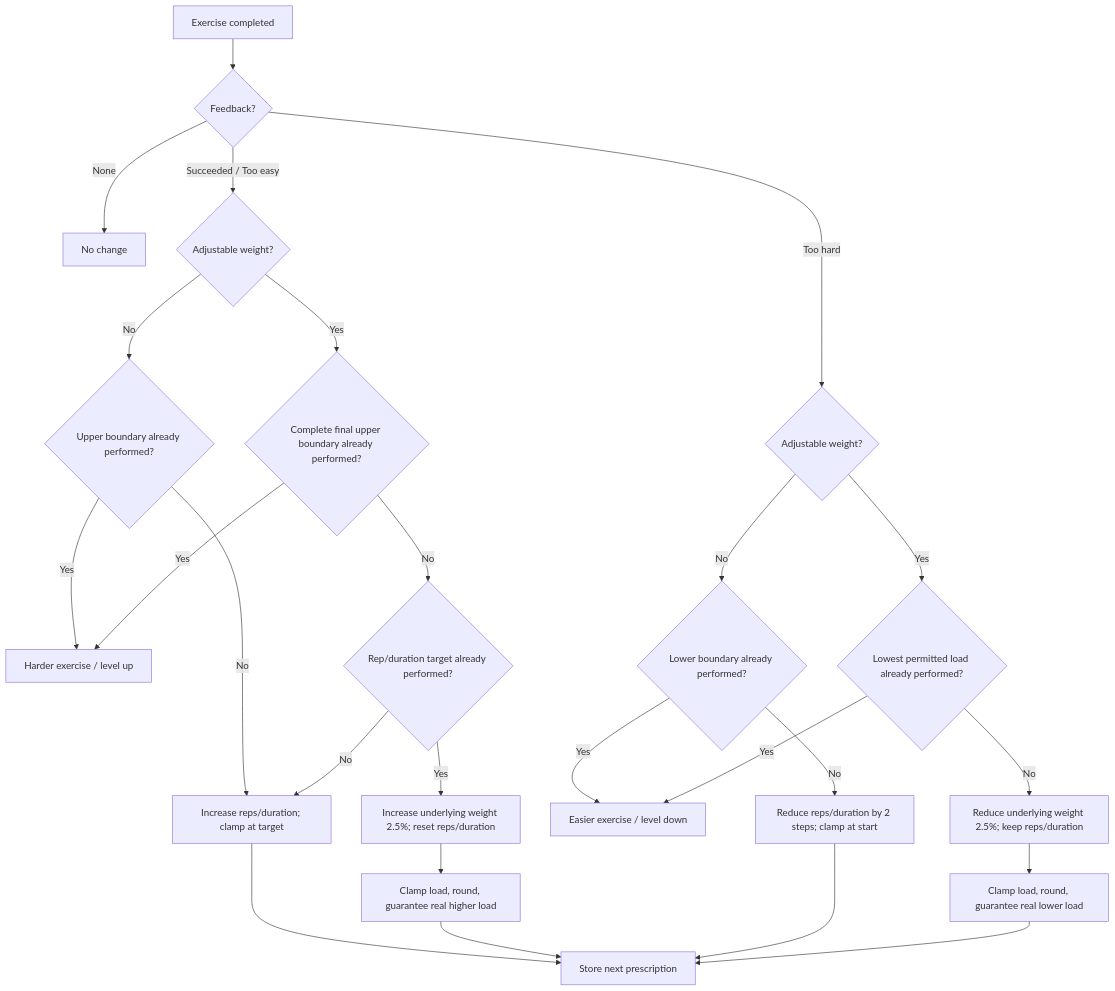
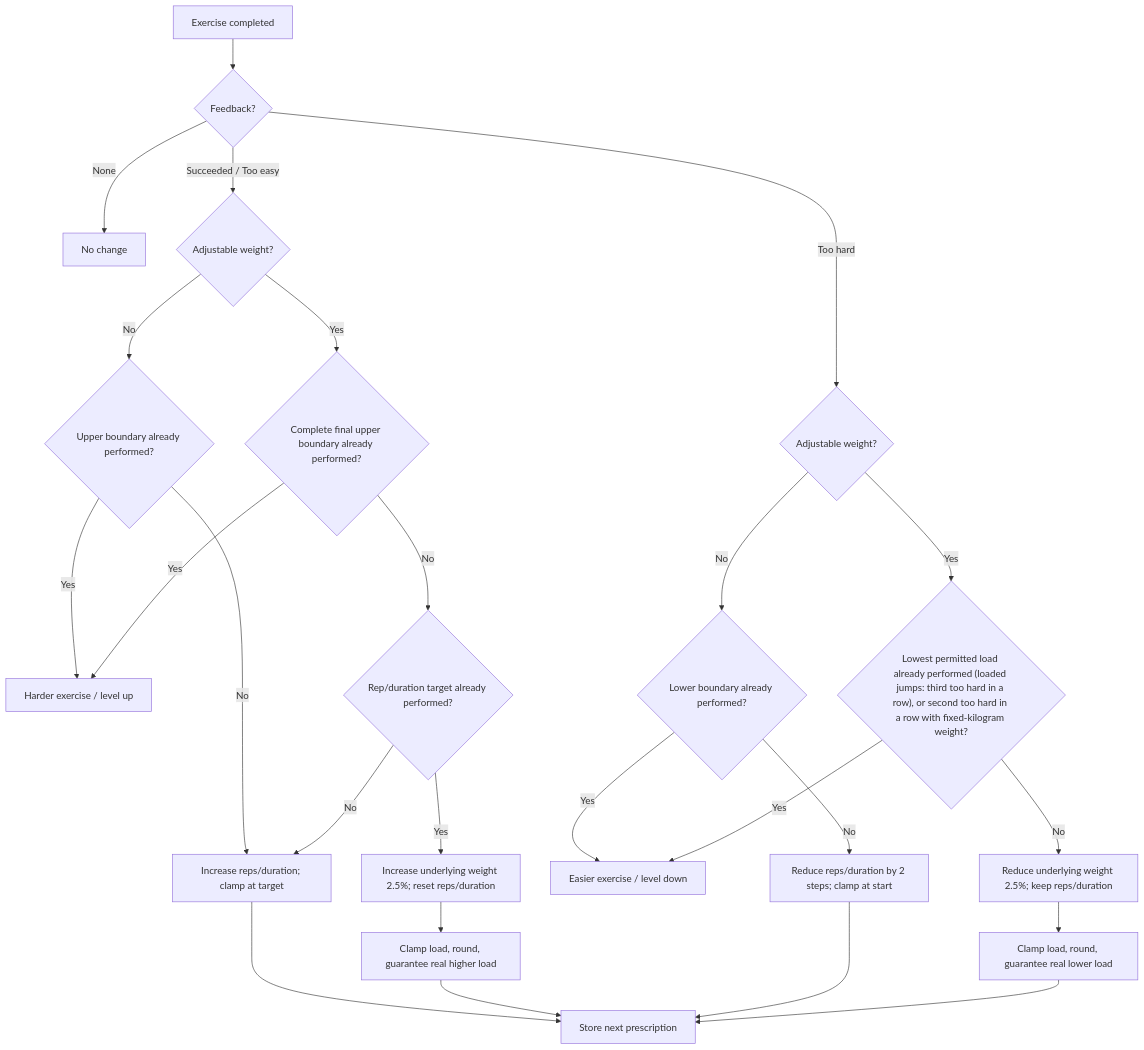
One commit to digital-athletic/sports-athletic changed the diagram in athlete-mobile/docs/specs/progression/standard-exercise-progression.md. Above: the diagram before and after it, drawn with Mermaid. The commit also changed other lines of this file and 5 other files, not shown here.

````diff
--- a/athlete-mobile/docs/specs/progression/standard-exercise-progression.md
+++ b/athlete-mobile/docs/specs/progression/standard-exercise-progression.md
@@ -214,32 +255,32 @@
 ```mermaid
 graph TD
     A["Exercise completed"] --> B{"Feedback?"}
 
     B -->|None| N["No change"]
     B -->|Succeeded / Too easy| P{"Adjustable weight?"}
     B -->|Too hard| M{"Adjustable weight?"}
 
     P -->|No| PU{"Upper boundary already performed?"}
     PU -->|Yes| LU["Harder exercise / level up"]
     PU -->|No| PR["Increase reps/duration; clamp at target"]
     PR --> S["Store next prescription"]
 
     P -->|Yes| PW{"Complete final upper boundary already performed?"}
     PW -->|Yes| LU
     PW -->|No| PT{"Rep/duration target already performed?"}
     PT -->|No| PR
     PT -->|Yes| WI["Increase underlying weight 2.5%; reset reps/duration"]
     WI --> WC["Clamp load, round, guarantee real higher load"]
     WC --> S
 
     M -->|No| ML{"Lower boundary already performed?"}
     ML -->|Yes| LD["Easier exercise / level down"]
     ML -->|No| MR["Reduce reps/duration by 2 steps; clamp at start"]
     MR --> S
 
-    M -->|Yes| MB{"Lowest permitted load already performed?"}
+    M -->|Yes| MB{"Lowest permitted load already performed (loaded jumps: third too hard in a row), or second too hard in a row with fixed-kilogram weight?"}
     MB -->|Yes| LD
     MB -->|No| MD["Reduce underlying weight 2.5%; keep reps/duration"]
     MD --> MC["Clamp load, round, guarantee real lower load"]
     MC --> S
 ```
````
